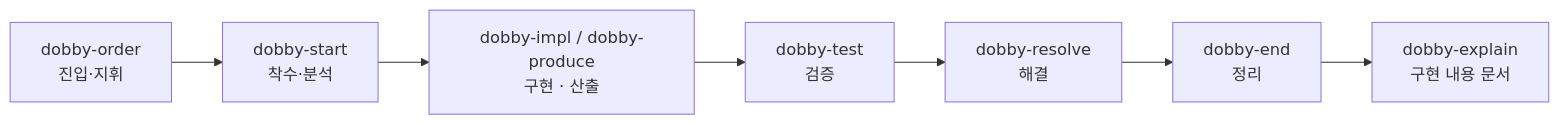
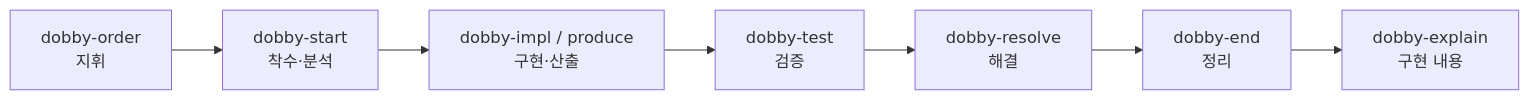
Before and after one commit to wadiz-jooyoul-lee/mentis-dashboard-v2: the second of 2 diagrams in ABOUT.md, drawn with Mermaid. The commit also changed other lines of this file and 6 other files, not shown here.

````diff
--- a/ABOUT.md
+++ b/ABOUT.md
@@ -51,9 +64,9 @@
 ```mermaid
 flowchart LR
-  A["dobby-order<br/>진입·지휘"] --> B["dobby-start<br/>착수·분석"]
-  B --> C["dobby-impl / dobby-produce<br/>구현 · 산출"]
+  A["dobby-order<br/>지휘"] --> B["dobby-start<br/>착수·분석"]
+  B --> C["dobby-impl / produce<br/>구현·산출"]
   C --> E["dobby-test<br/>검증"]
   E --> F["dobby-resolve<br/>해결"]
   F --> G["dobby-end<br/>정리"]
-  G --> H["dobby-explain<br/>구현 내용 문서"]
+  G --> H["dobby-explain<br/>구현 내용"]
 ```
````
